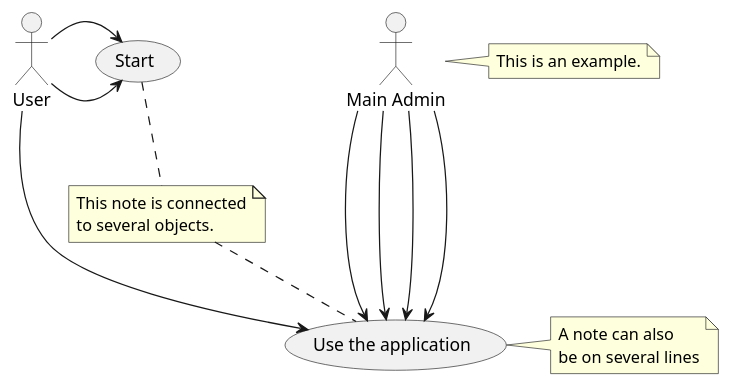
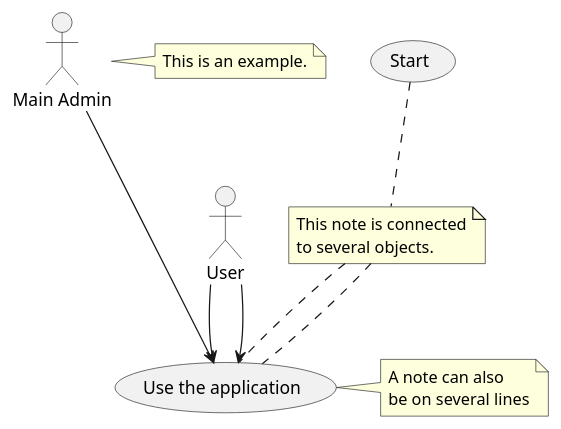
Before and after one commit to badeand/documatic: the diagram in doc/uc1.puml, drawn with PlantUML. The commit also changed 17 other files, not shown here.

```diff
--- a/doc/uc1.puml
+++ b/doc/uc1.puml
@@ -1,26 +1,22 @@
 @startuml
 'https://plantuml.com/use-case-diagram
 
 :Main Admin: as Admin
 (Use the application) as (Use)
 
-User -> (Start)
-User -> (Start)
+User --> (Use)
 User --> (Use)
 
 Admin ---> (Use)
-Admin ---> (Use)
-Admin ---> (Use)
-Admin ---> (Use)
-
 note right of Admin : This is an example.
 
 note right of (Use)
 A note can also
 be on several lines
 end note
 
 note "This note is connected\nto several objects." as N2
 (Start) .. N2
 N2 .. (Use)
+N2 .. (Use)
 @enduml
```
